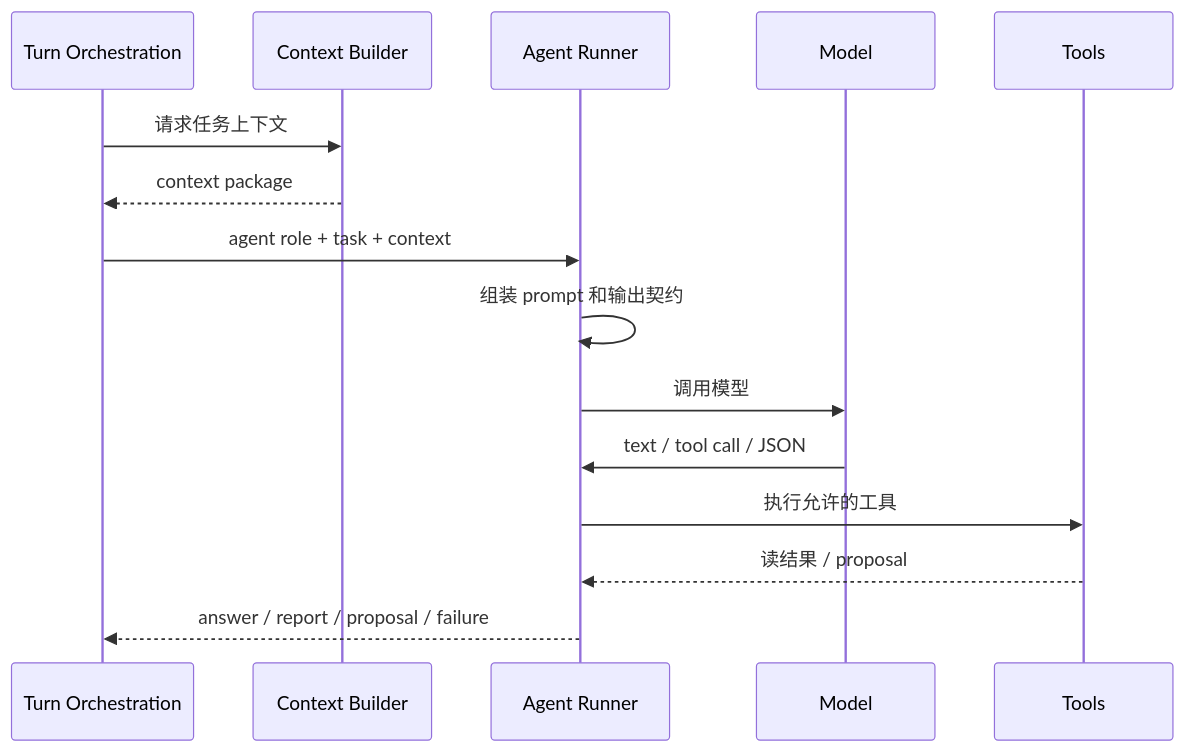
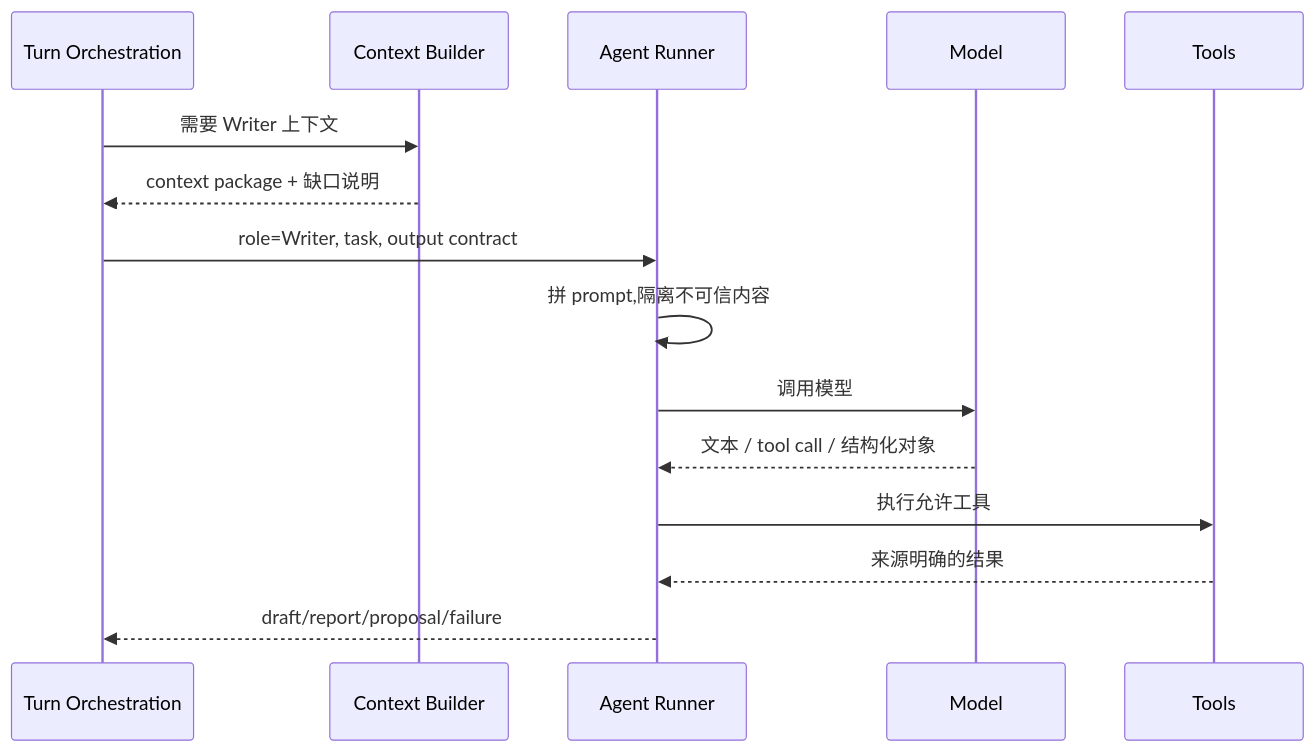
One commit to jinhuang712/open-novel changed the first of 3 diagrams in spec/03-agent-runtime.md. Above: the diagram before and after it, drawn with Mermaid. The commit also changed other lines of this file and 15 other files, not shown here.

````diff
--- a/spec/03-agent-runtime.md
+++ b/spec/03-agent-runtime.md
@@ -44,18 +9,18 @@
 ```mermaid
 sequenceDiagram
   participant O as Turn Orchestration
   participant C as Context Builder
   participant R as Agent Runner
   participant M as Model
   participant T as Tools
 
-  O->>C: 请求任务上下文
-  C-->>O: context package
-  O->>R: agent role + task + context
-  R->>R: 组装 prompt 和输出契约
+  O->>C: 需要 Writer 上下文
+  C-->>O: context package + 缺口说明
+  O->>R: role=Writer, task, output contract
+  R->>R: 拼 prompt,隔离不可信内容
   R->>M: 调用模型
-  M->>R: text / tool call / JSON
-  R->>T: 执行允许的工具
-  T-->>R: 读结果 / proposal
-  R-->>O: answer / report / proposal / failure
+  M-->>R: 文本 / tool call / 结构化对象
+  R->>T: 执行允许工具
+  T-->>R: 来源明确的结果
+  R-->>O: draft/report/proposal/failure
 ```
````
